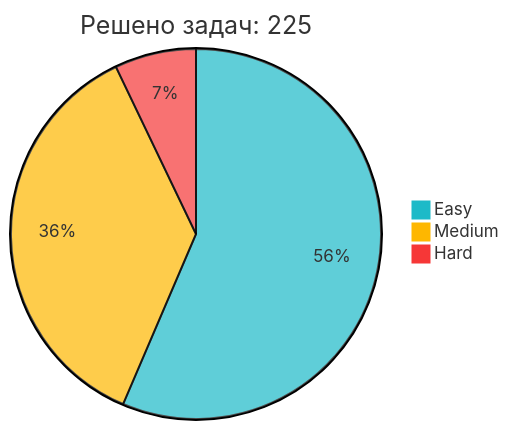
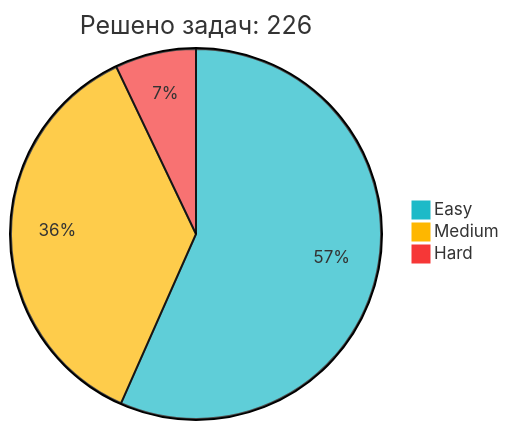
The diagram in README.md (IliaKurdukov/IliaKurdukov), drawn with Mermaid before and after one commit. The commit also changed other lines of this file, not shown here.

Commit message:
📈 Обновление статистики LeetCode

````diff
--- a/README.md
+++ b/README.md
@@ -51,7 +51,7 @@
 ```mermaid
 %%{init: {'theme': 'base', 'themeVariables': { 'pie1': '#1CBAC8', 'pie2': '#FEB700', 'pie3': '#F63737' }, 'config': {'width': 300, 'height': 200}}}%%
-pie title Решено задач: 225
-   "Easy" : 127
+pie title Решено задач: 226
+   "Easy" : 128
    "Medium" : 82
    "Hard" : 16
 ```
````
